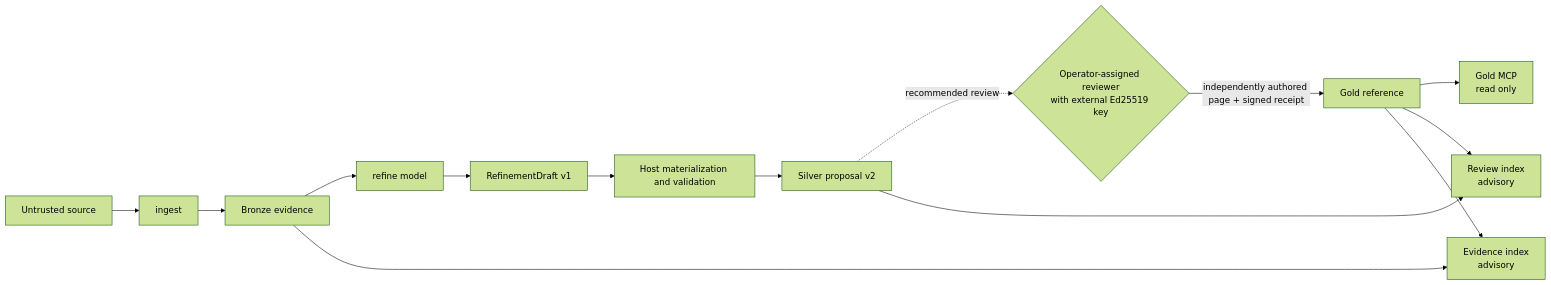
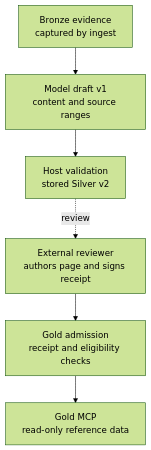
Before and after one commit to patschmittdev/Ziggurat: the diagram in README.md, drawn with Mermaid (forest theme). The commit also changed other lines of this file and 30 other files, not shown here.

````diff
--- a/README.md
+++ b/README.md
@@ -73,16 +73,8 @@
 ```mermaid
-flowchart LR
-    U[Untrusted source] --> I[ingest]
-    I --> B[Bronze evidence]
-    B --> R[refine model]
-    R --> D[RefinementDraft v1]
-    D --> M[Host materialization and validation]
-    M --> S[Silver proposal v2]
-    S -. recommended review .-> H{Operator-assigned reviewer\nwith external Ed25519 key}
-    H -->|independently authored page + signed receipt| G[Gold reference]
-    G --> C[Gold MCP\nread only]
-    B --> E[Evidence index\nadvisory]
-    S --> V[Review index\nadvisory]
-    G --> V
-    G --> E
+flowchart TB
+    B["Bronze evidence<br/>captured by ingest"] --> D["Model draft v1<br/>content and source ranges"]
+    D --> S["Host validation<br/>stored Silver v2"]
+    S -. review .-> H["External reviewer<br/>authors page and signs receipt"]
+    H --> G["Gold admission<br/>receipt and eligibility checks"]
+    G --> C["Gold MCP<br/>read-only reference data"]
 ```
````
